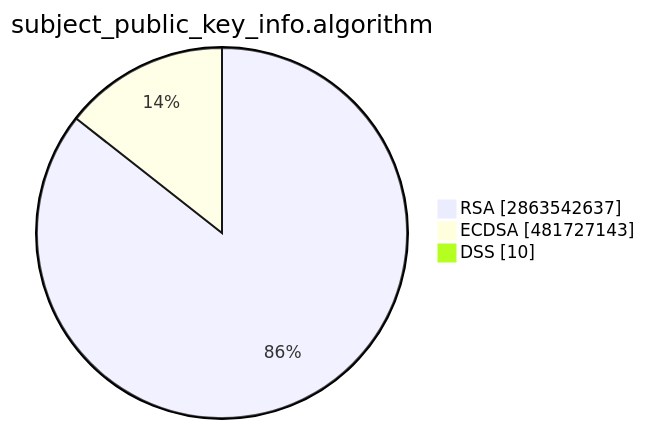
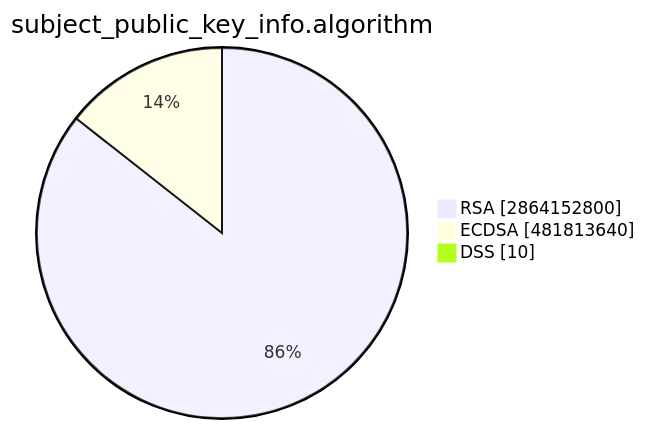
Before and after one commit to christiankrug/ctmonitor_visualization: the second of 15 diagrams in TOTAL/README.md, drawn with Mermaid. The commit also changed other lines of this file, not shown here.

````diff
--- a/TOTAL/README.md
+++ b/TOTAL/README.md
@@ -6,7 +6,7 @@
 ```mermaid
 pie showData
 title subject_public_key_info.algorithm
-"RSA" :2863542637
-"ECDSA" :481727143
+"RSA" :2864152800
+"ECDSA" :481813640
 "DSS" :10
 ```
````
